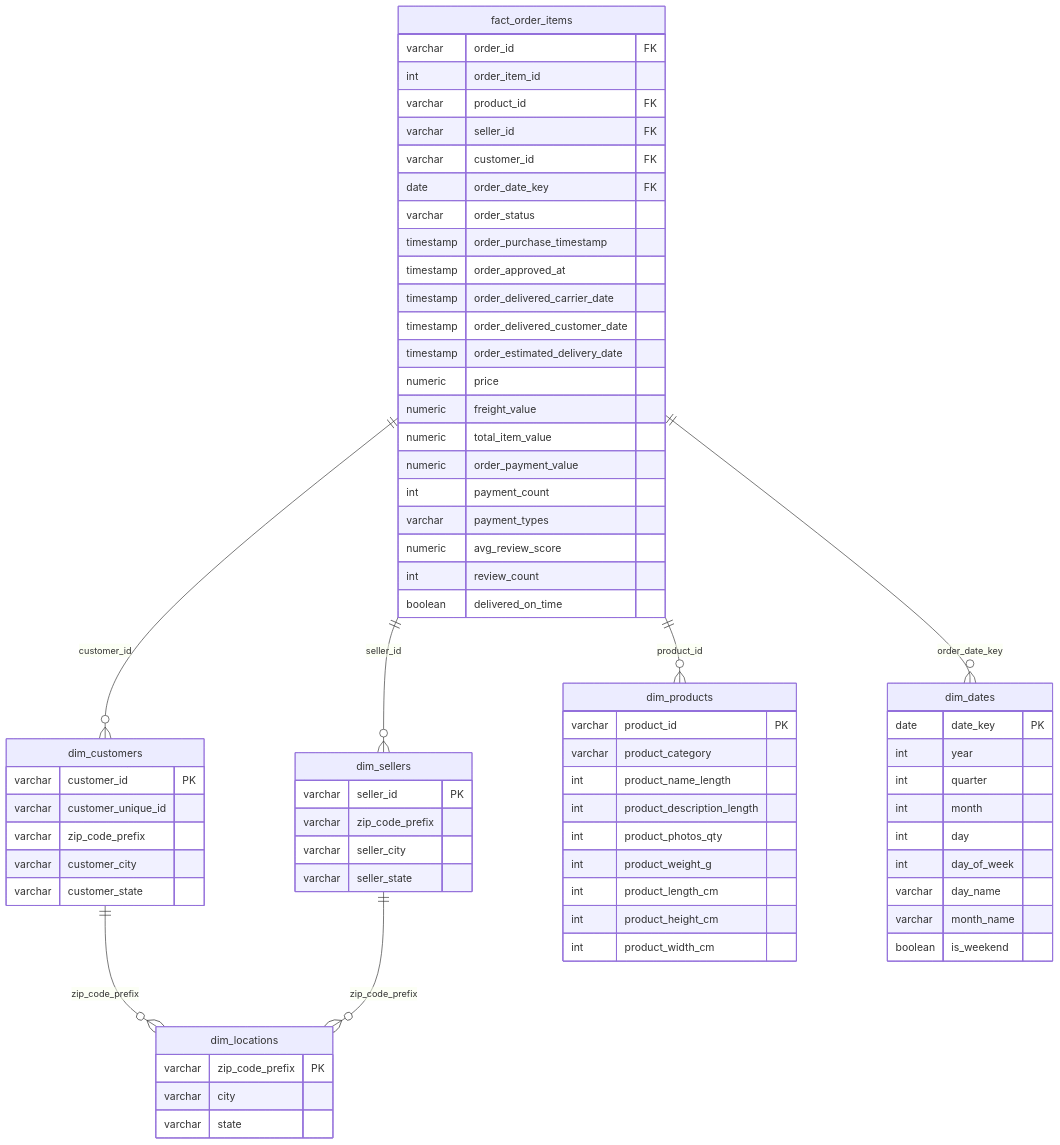
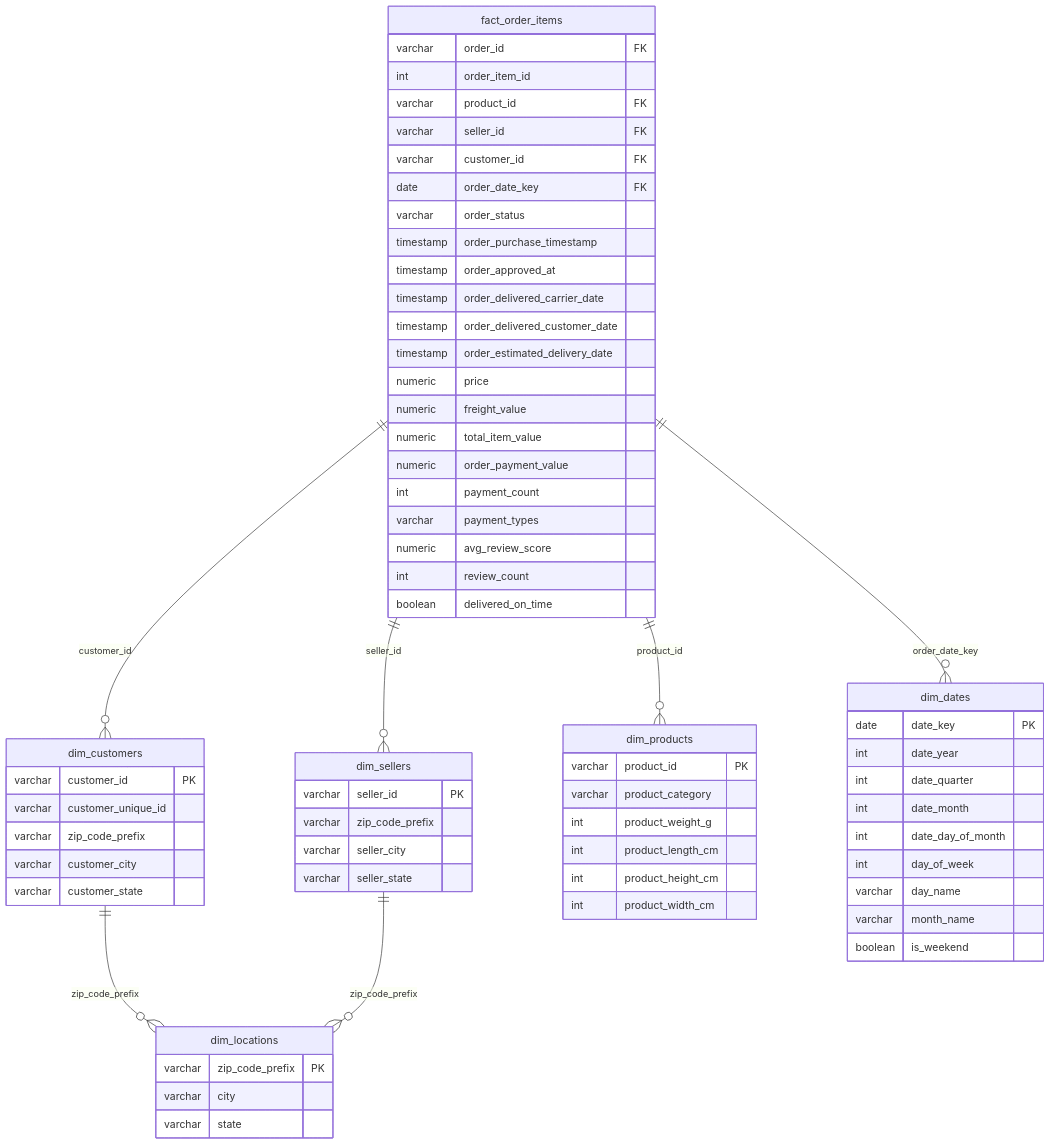
Before and after one commit to EAS550-FinalProject/Olist-PostgreSQL-Database-Project: the diagram in star_schema_diagram.md, drawn with Mermaid.

Commit message:
update star schema diagram to match actual column names

````diff
--- a/star_schema_diagram.md
+++ b/star_schema_diagram.md
@@ -6,78 +6,75 @@
 ```mermaid
 erDiagram
     fact_order_items {
         varchar order_id FK
         int order_item_id
         varchar product_id FK
         varchar seller_id FK
         varchar customer_id FK
         date order_date_key FK
         varchar order_status
         timestamp order_purchase_timestamp
         timestamp order_approved_at
         timestamp order_delivered_carrier_date
         timestamp order_delivered_customer_date
         timestamp order_estimated_delivery_date
         numeric price
         numeric freight_value
         numeric total_item_value
         numeric order_payment_value
         int payment_count
         varchar payment_types
         numeric avg_review_score
         int review_count
         boolean delivered_on_time
     }
 
     dim_customers {
         varchar customer_id PK
         varchar customer_unique_id
         varchar zip_code_prefix
         varchar customer_city
         varchar customer_state
     }
 
     dim_sellers {
         varchar seller_id PK
         varchar zip_code_prefix
         varchar seller_city
         varchar seller_state
     }
 
     dim_products {
         varchar product_id PK
         varchar product_category
-        int product_name_length
-        int product_description_length
-        int product_photos_qty
         int product_weight_g
         int product_length_cm
         int product_height_cm
         int product_width_cm
     }
 
     dim_dates {
         date date_key PK
-        int year
-        int quarter
-        int month
-        int day
+        int date_year
+        int date_quarter
+        int date_month
+        int date_day_of_month
         int day_of_week
         varchar day_name
         varchar month_name
         boolean is_weekend
     }
 
     dim_locations {
         varchar zip_code_prefix PK
         varchar city
         varchar state
     }
 
     fact_order_items ||--o{ dim_customers : "customer_id"
     fact_order_items ||--o{ dim_sellers : "seller_id"
     fact_order_items ||--o{ dim_products : "product_id"
     fact_order_items ||--o{ dim_dates : "order_date_key"
     dim_customers ||--o{ dim_locations : "zip_code_prefix"
     dim_sellers ||--o{ dim_locations : "zip_code_prefix"
 ```
````
